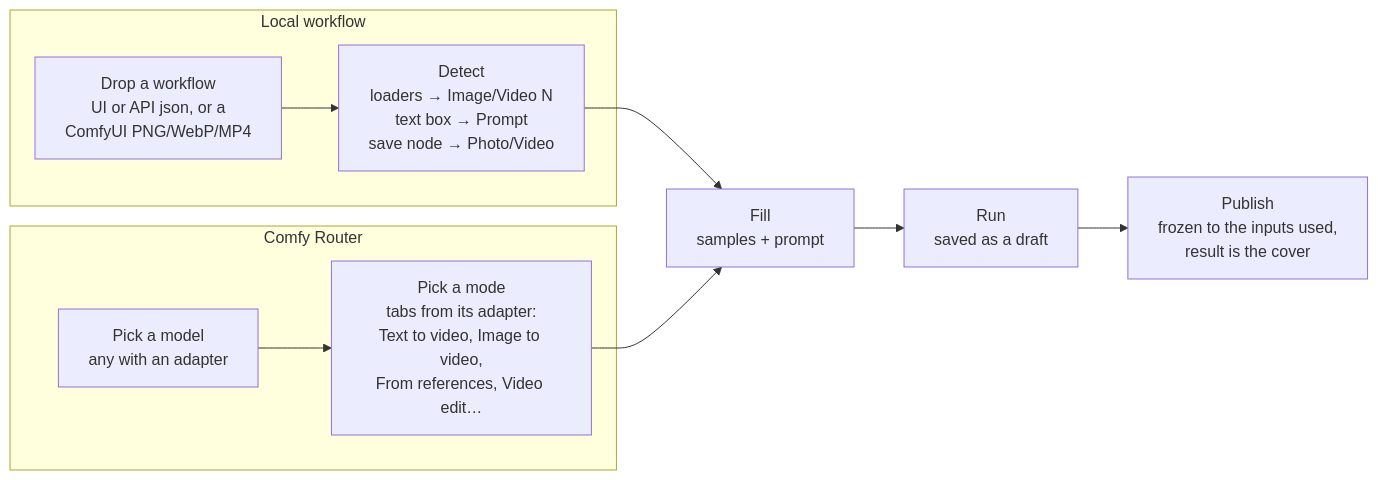
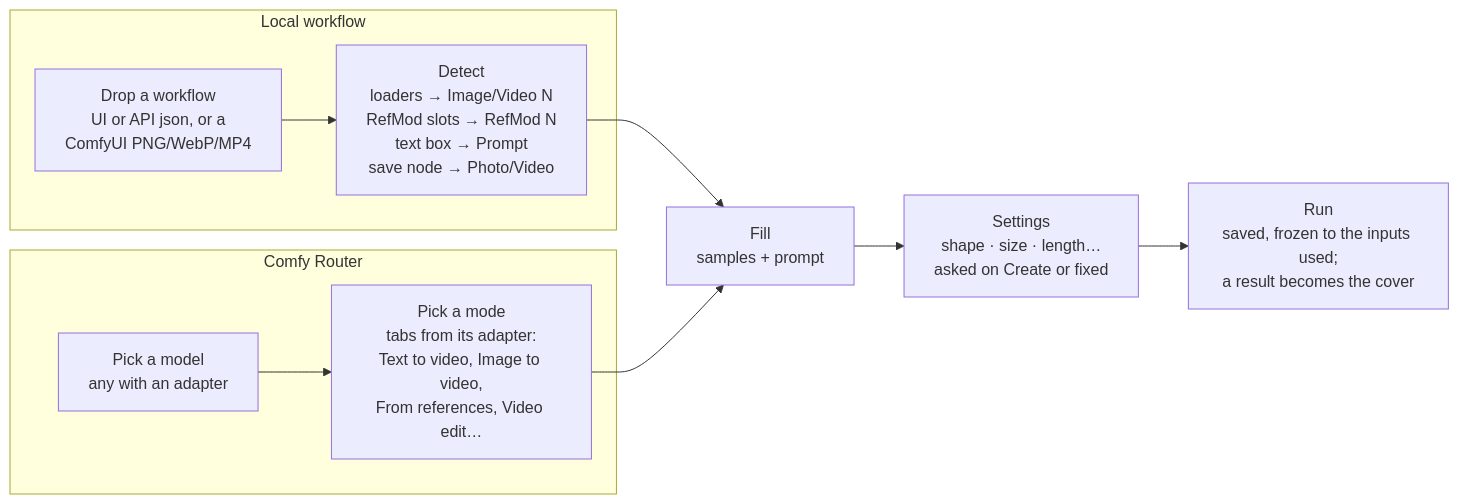
One commit to GETHUK-BIGEMPEROR/OpenIllusion changed the third of 6 diagrams in README.md. Above: the diagram before and after it, drawn with Mermaid. The commit also changed other lines of this file and 75 other files, not shown here.

First line of the commit message:
Output settings everywhere, Characters and RefMod, no drafts

````diff
--- a/README.md
+++ b/README.md
@@ -331,13 +450,13 @@
 ```mermaid
 flowchart LR
   subgraph Local["Local workflow"]
-    D["Drop a workflow<br/>UI or API json, or a<br/>ComfyUI PNG/WebP/MP4"] --> DE["Detect<br/>loaders → Image/Video N<br/>text box → Prompt<br/>save node → Photo/Video"]
+    D["Drop a workflow<br/>UI or API json, or a<br/>ComfyUI PNG/WebP/MP4"] --> DE["Detect<br/>loaders → Image/Video N<br/>RefMod slots → RefMod N<br/>text box → Prompt<br/>save node → Photo/Video"]
   end
   subgraph Cloud["Comfy Router"]
     M["Pick a model<br/>any with an adapter"] --> MO["Pick a mode<br/>tabs from its adapter:<br/>Text to video, Image to video,<br/>From references, Video edit…"]
   end
   DE --> F["Fill<br/>samples + prompt"]
   MO --> F
-  F --> RU["Run<br/>saved as a draft"]
-  RU --> PU["Publish<br/>frozen to the inputs used,<br/>result is the cover"]
+  F --> ST["Settings<br/>shape · size · length…<br/>asked on Create or fixed"]
+  ST --> RU["Run<br/>saved, frozen to the inputs used;<br/>a result becomes the cover"]
 ```
````
